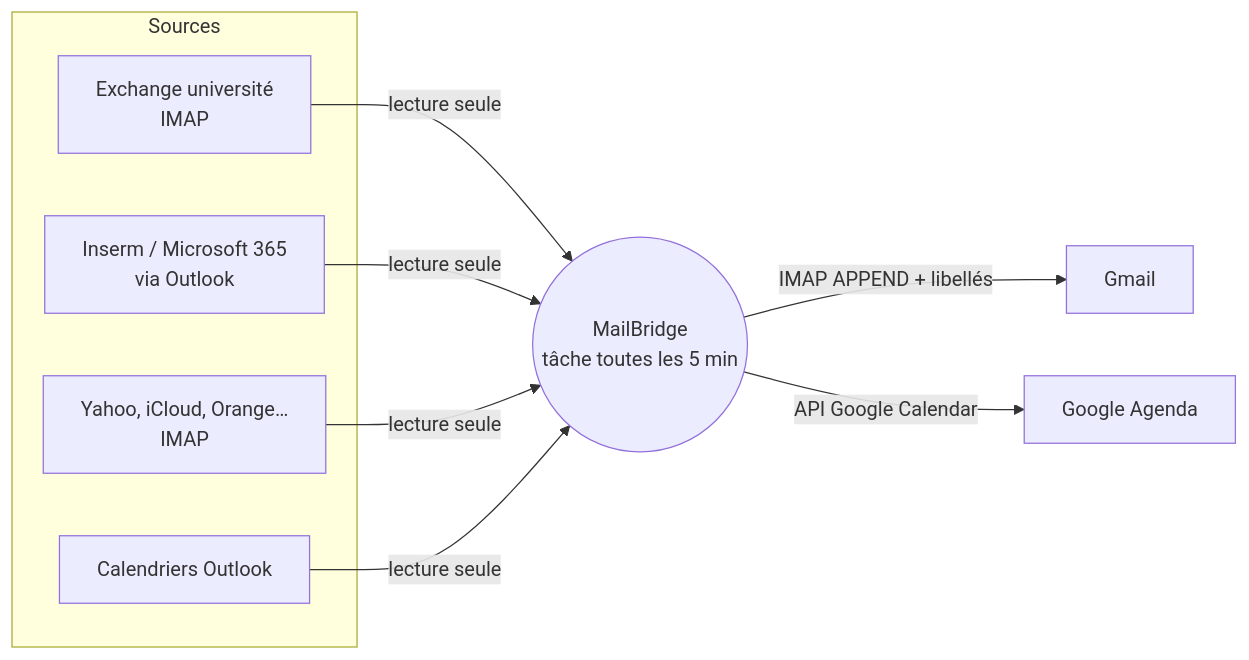
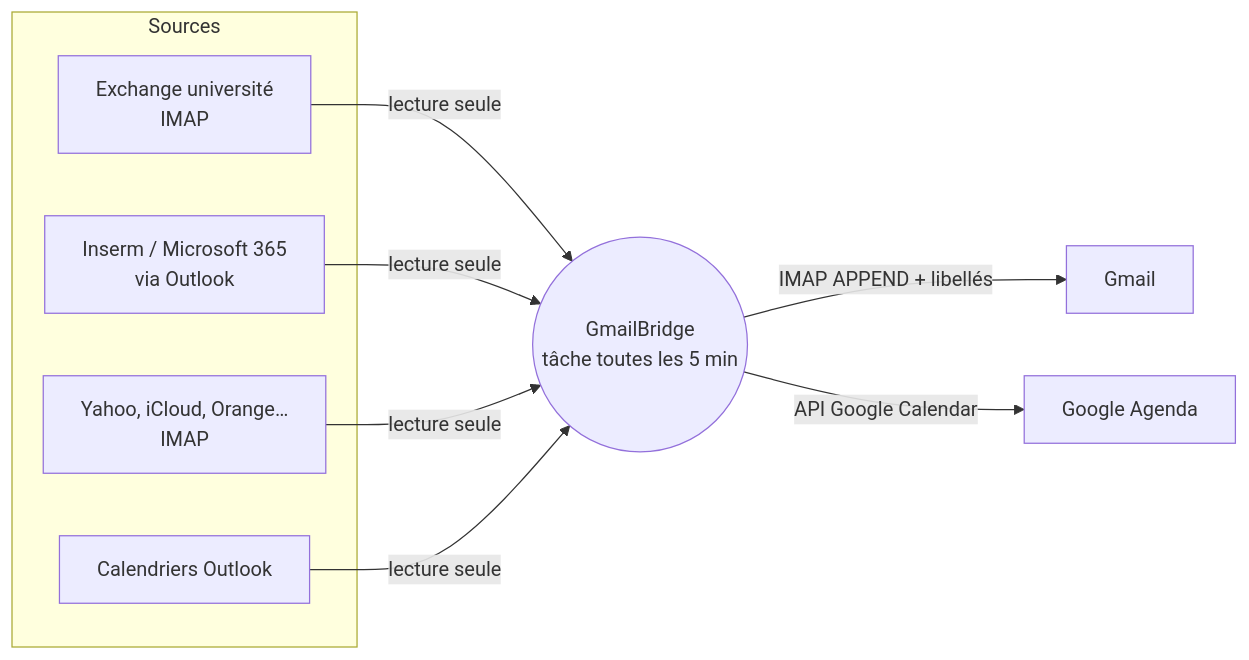
One commit to Andrianarivelo/MailBridge changed the diagram in README.md. Above: the diagram before and after it, drawn with Mermaid. The commit also changed other lines of this file and 62 other files, not shown here.

First line of the commit message:
GmailBridge 3.0 : nouvelle identité visuelle et nouveau nom

````diff
--- a/README.md
+++ b/README.md
@@ -85,13 +85,13 @@
 ```mermaid
 flowchart LR
   subgraph Sources
     A[Exchange université<br/>IMAP]
     B[Inserm / Microsoft 365<br/>via Outlook]
     C[Yahoo, iCloud, Orange…<br/>IMAP]
     D[Calendriers Outlook]
   end
-  A & B & C -->|lecture seule| E((MailBridge<br/>tâche toutes les 5 min))
+  A & B & C -->|lecture seule| E((GmailBridge<br/>tâche toutes les 5 min))
   D -->|lecture seule| E
   E -->|IMAP APPEND + libellés| F[Gmail]
   E -->|API Google Calendar| G[Google Agenda]
 ```
````
